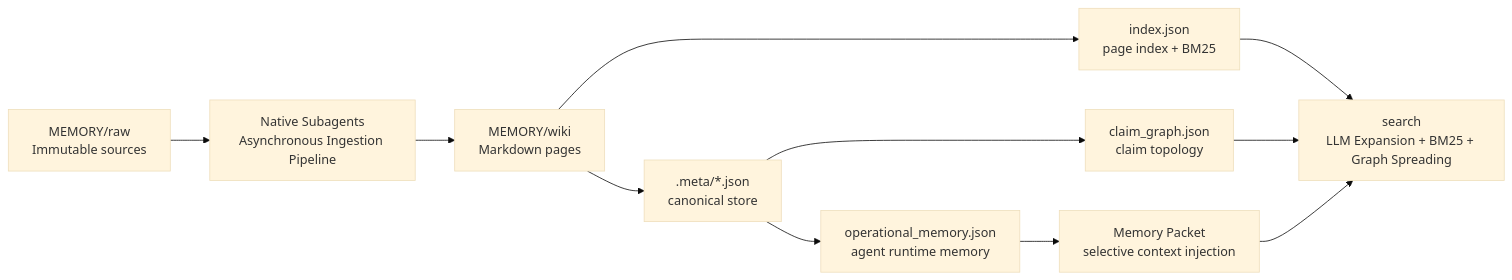
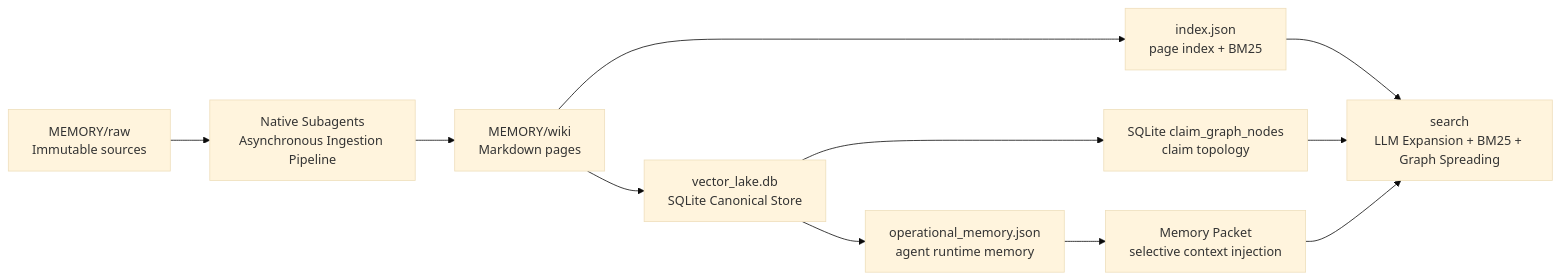
One commit to shawnshi/vector-lake changed the diagram in README.md. Above: the diagram before and after it, drawn with Mermaid (base theme). The commit also changed other lines of this file and 10 other files, not shown here.

First line of the commit message:
feat: Vector Lake V10 Architecture Upgrade & V10.1 Diff-based GC

````diff
--- a/README.md
+++ b/README.md
@@ -19,13 +18,13 @@
 ```mermaid
 graph LR
     RAW["MEMORY/raw<br>Immutable sources"] --> INGEST["Native Subagents<br>Asynchronous Ingestion Pipeline"]
     INGEST --> WIKI["MEMORY/wiki<br>Markdown pages"]
     WIKI --> INDEX["index.json<br>page index + BM25"]
-    WIKI --> META[".meta/*.json<br>canonical store"]
-    META --> CLAIM["claim_graph.json<br>claim topology"]
+    WIKI --> META["vector_lake.db<br>SQLite Canonical Store"]
+    META --> CLAIM["SQLite claim_graph_nodes<br>claim topology"]
     META --> MEMORY["operational_memory.json<br>agent runtime memory"]
     MEMORY --> PACKET["Memory Packet<br>selective context injection"]
     INDEX --> QUERY["search<br>LLM Expansion + BM25 + Graph Spreading"]
     CLAIM --> QUERY
     PACKET --> QUERY
 ```
````
